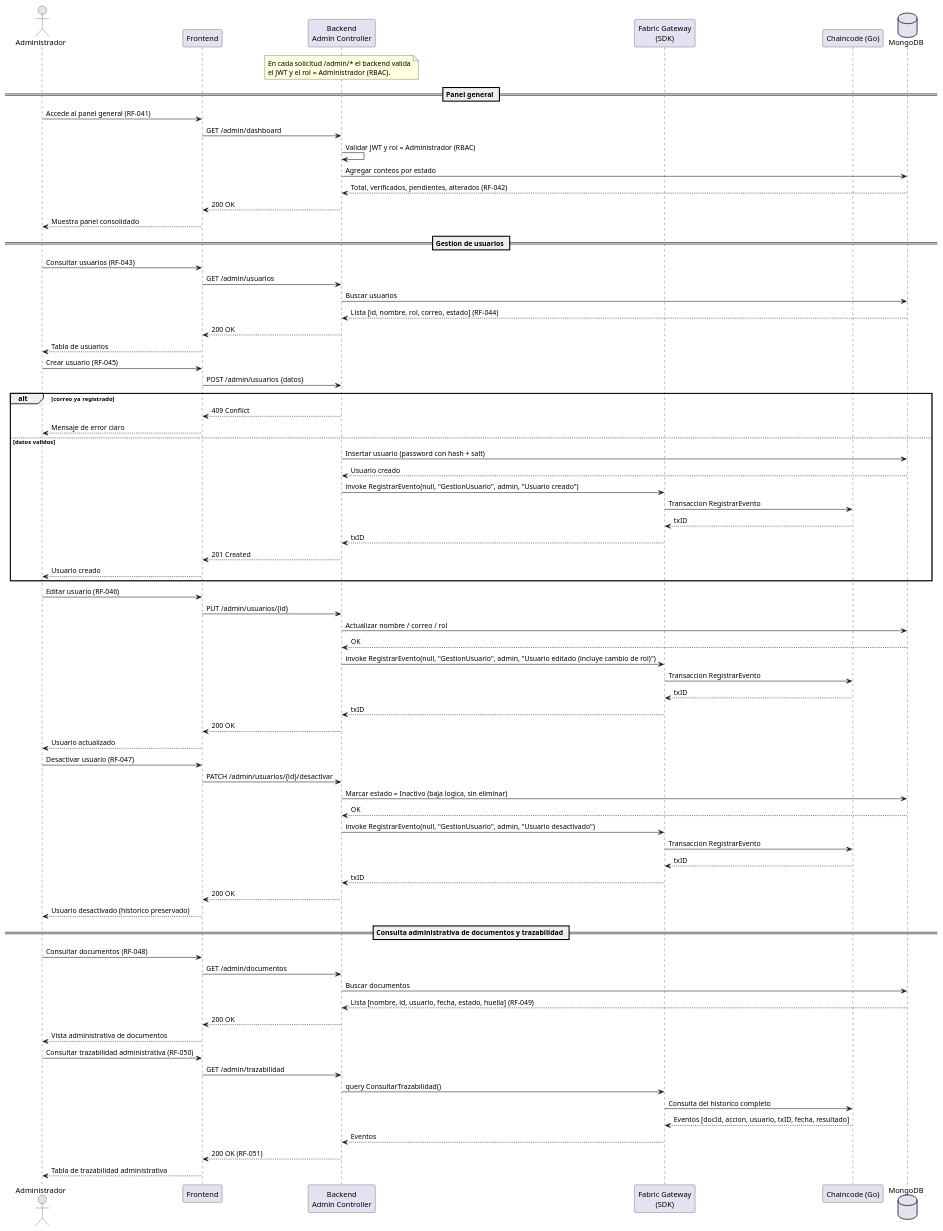
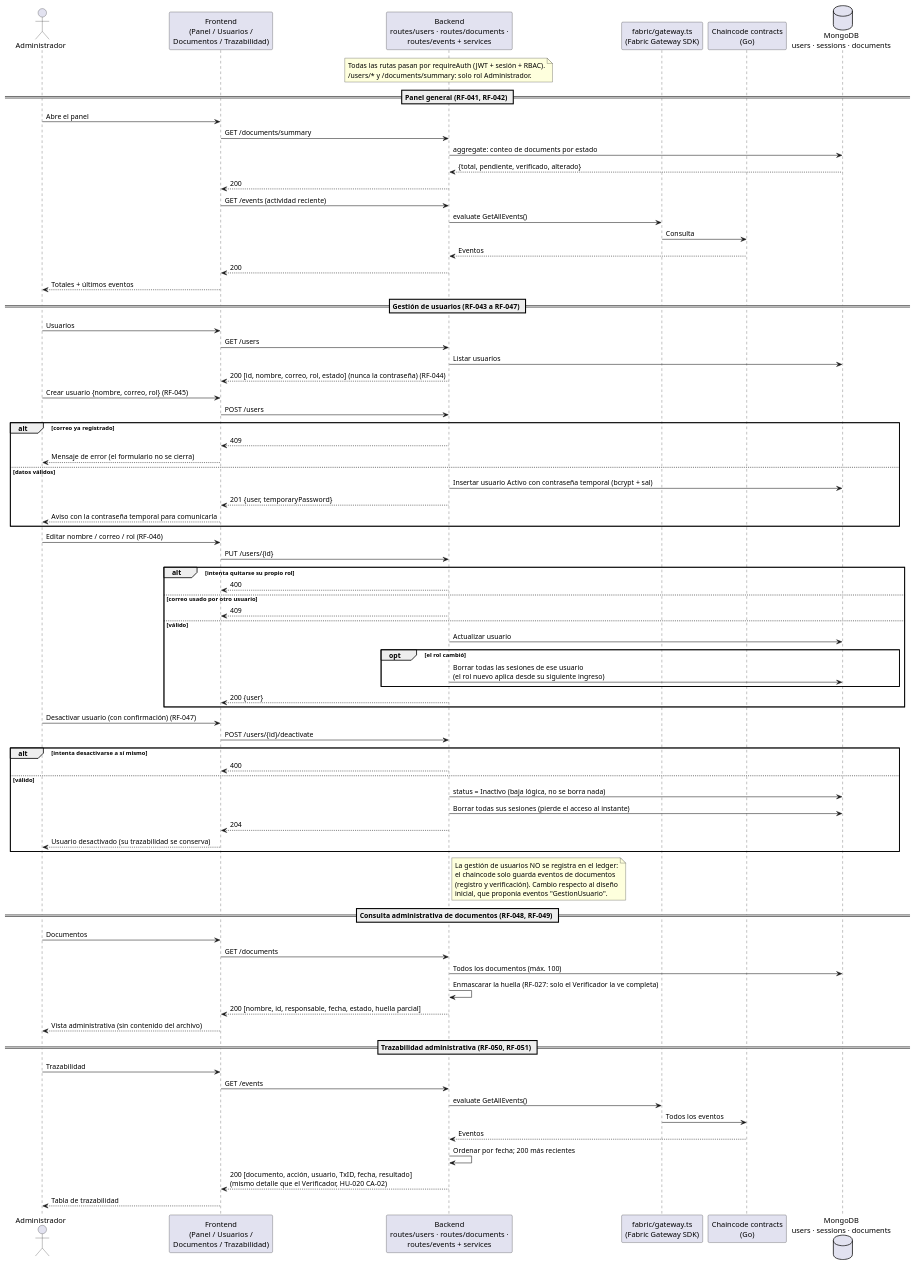
Before and after one commit to swummen/Blockchain_Contratos: the diagram in docs/Objetivo 2/uml/07-secuencia-rol-administrador.puml, drawn with PlantUML. The commit also changed 61 other files, not shown here.

```diff
--- a/docs/Objetivo 2/uml/07-secuencia-rol-administrador.puml
+++ b/docs/Objetivo 2/uml/07-secuencia-rol-administrador.puml
@@ -1,85 +1,93 @@
 @startuml 07-secuencia-rol-administrador
 actor Administrador
-participant "Frontend" as FE
-participant "Backend\nAdmin Controller" as BE
-participant "Fabric Gateway\n(SDK)" as SDK
-participant "Chaincode (Go)" as CC
-database "MongoDB" as DB
+participant "Frontend\n(Panel / Usuarios /\nDocumentos / Trazabilidad)" as FE
+participant "Backend\nroutes/users · routes/documents ·\nroutes/events + services" as BE
+participant "fabric/gateway.ts\n(Fabric Gateway SDK)" as GW
+participant "Chaincode contracts\n(Go)" as CC
+database "MongoDB\nusers · sessions · documents" as DB
 
 note over BE
-  En cada solicitud /admin/* el backend valida
-  el JWT y el rol = Administrador (RBAC).
+  Todas las rutas pasan por requireAuth (JWT + sesión + RBAC).
+  /users/* y /documents/summary: solo rol Administrador.
 end note
 
-== Panel general ==
-Administrador -> FE : Accede al panel general (RF-041)
-FE -> BE : GET /admin/dashboard
-BE -> BE : Validar JWT y rol = Administrador (RBAC)
-BE -> DB : Agregar conteos por estado
-DB --> BE : Total, verificados, pendientes, alterados (RF-042)
-BE --> FE : 200 OK
-FE --> Administrador : Muestra panel consolidado
+== Panel general (RF-041, RF-042) ==
+Administrador -> FE : Abre el panel
+FE -> BE : GET /documents/summary
+BE -> DB : aggregate: conteo de documents por estado
+DB --> BE : {total, pendiente, verificado, alterado}
+BE --> FE : 200
+FE -> BE : GET /events (actividad reciente)
+BE -> GW : evaluate GetAllEvents()
+GW -> CC : Consulta
+CC --> BE : Eventos
+BE --> FE : 200
+FE --> Administrador : Totales + últimos eventos
 
-== Gestion de usuarios ==
-Administrador -> FE : Consultar usuarios (RF-043)
-FE -> BE : GET /admin/usuarios
-BE -> DB : Buscar usuarios
-DB --> BE : Lista [id, nombre, rol, correo, estado] (RF-044)
-BE --> FE : 200 OK
-FE --> Administrador : Tabla de usuarios
+== Gestión de usuarios (RF-043 a RF-047) ==
+Administrador -> FE : Usuarios
+FE -> BE : GET /users
+BE -> DB : Listar usuarios
+BE --> FE : 200 [id, nombre, correo, rol, estado] (nunca la contraseña) (RF-044)
 
-Administrador -> FE : Crear usuario (RF-045)
-FE -> BE : POST /admin/usuarios {datos}
+Administrador -> FE : Crear usuario {nombre, correo, rol} (RF-045)
+FE -> BE : POST /users
 alt correo ya registrado
-    BE --> FE : 409 Conflict
-    FE --> Administrador : Mensaje de error claro
-else datos validos
-    BE -> DB : Insertar usuario (password con hash + salt)
-    DB --> BE : Usuario creado
-    BE -> SDK : invoke RegistrarEvento(null, "GestionUsuario", admin, "Usuario creado")
-    SDK -> CC : Transaccion RegistrarEvento
-    CC --> SDK : txID
-    SDK --> BE : txID
-    BE --> FE : 201 Created
-    FE --> Administrador : Usuario creado
+    BE --> FE : 409
+    FE --> Administrador : Mensaje de error (el formulario no se cierra)
+else datos válidos
+    BE -> DB : Insertar usuario Activo con contraseña temporal (bcrypt + sal)
+    BE --> FE : 201 {user, temporaryPassword}
+    FE --> Administrador : Aviso con la contraseña temporal para comunicarla
 end
 
-Administrador -> FE : Editar usuario (RF-046)
-FE -> BE : PUT /admin/usuarios/{id}
-BE -> DB : Actualizar nombre / correo / rol
-DB --> BE : OK
-BE -> SDK : invoke RegistrarEvento(null, "GestionUsuario", admin, "Usuario editado (incluye cambio de rol)")
-SDK -> CC : Transaccion RegistrarEvento
-CC --> SDK : txID
-SDK --> BE : txID
-BE --> FE : 200 OK
-FE --> Administrador : Usuario actualizado
+Administrador -> FE : Editar nombre / correo / rol (RF-046)
+FE -> BE : PUT /users/{id}
+alt intenta quitarse su propio rol
+    BE --> FE : 400
+else correo usado por otro usuario
+    BE --> FE : 409
+else válido
+    BE -> DB : Actualizar usuario
+    opt el rol cambió
+        BE -> DB : Borrar todas las sesiones de ese usuario\n(el rol nuevo aplica desde su siguiente ingreso)
+    end
+    BE --> FE : 200 {user}
+end
 
-Administrador -> FE : Desactivar usuario (RF-047)
-FE -> BE : PATCH /admin/usuarios/{id}/desactivar
-BE -> DB : Marcar estado = Inactivo (baja logica, sin eliminar)
-DB --> BE : OK
-BE -> SDK : invoke RegistrarEvento(null, "GestionUsuario", admin, "Usuario desactivado")
-SDK -> CC : Transaccion RegistrarEvento
-CC --> SDK : txID
-SDK --> BE : txID
-BE --> FE : 200 OK
-FE --> Administrador : Usuario desactivado (historico preservado)
+Administrador -> FE : Desactivar usuario (con confirmación) (RF-047)
+FE -> BE : POST /users/{id}/deactivate
+alt intenta desactivarse a sí mismo
+    BE --> FE : 400
+else válido
+    BE -> DB : status = Inactivo (baja lógica, no se borra nada)
+    BE -> DB : Borrar todas sus sesiones (pierde el acceso al instante)
+    BE --> FE : 204
+    FE --> Administrador : Usuario desactivado (su trazabilidad se conserva)
+end
 
-== Consulta administrativa de documentos y trazabilidad ==
-Administrador -> FE : Consultar documentos (RF-048)
-FE -> BE : GET /admin/documentos
-BE -> DB : Buscar documentos
-DB --> BE : Lista [nombre, id, usuario, fecha, estado, huella] (RF-049)
-BE --> FE : 200 OK
-FE --> Administrador : Vista administrativa de documentos
+note right of BE
+  La gestión de usuarios NO se registra en el ledger:
+  el chaincode solo guarda eventos de documentos
+  (registro y verificación). Cambio respecto al diseño
+  inicial, que proponía eventos "GestionUsuario".
+end note
 
-Administrador -> FE : Consultar trazabilidad administrativa (RF-050)
-FE -> BE : GET /admin/trazabilidad
-BE -> SDK : query ConsultarTrazabilidad()
-SDK -> CC : Consulta del historico completo
-CC --> SDK : Eventos [docId, accion, usuario, txID, fecha, resultado]
-SDK --> BE : Eventos
-BE --> FE : 200 OK (RF-051)
-FE --> Administrador : Tabla de trazabilidad administrativa
+== Consulta administrativa de documentos (RF-048, RF-049) ==
+Administrador -> FE : Documentos
+FE -> BE : GET /documents
+BE -> DB : Todos los documentos (máx. 100)
+BE -> BE : Enmascarar la huella (RF-027: solo el Verificador la ve completa)
+BE --> FE : 200 [nombre, id, responsable, fecha, estado, huella parcial]
+FE --> Administrador : Vista administrativa (sin contenido del archivo)
+
+== Trazabilidad administrativa (RF-050, RF-051) ==
+Administrador -> FE : Trazabilidad
+FE -> BE : GET /events
+BE -> GW : evaluate GetAllEvents()
+GW -> CC : Todos los eventos
+CC --> BE : Eventos
+BE -> BE : Ordenar por fecha; 200 más recientes
+BE --> FE : 200 [documento, acción, usuario, TxID, fecha, resultado]\n(mismo detalle que el Verificador, HU-020 CA-02)
+FE --> Administrador : Tabla de trazabilidad
 @enduml
```
